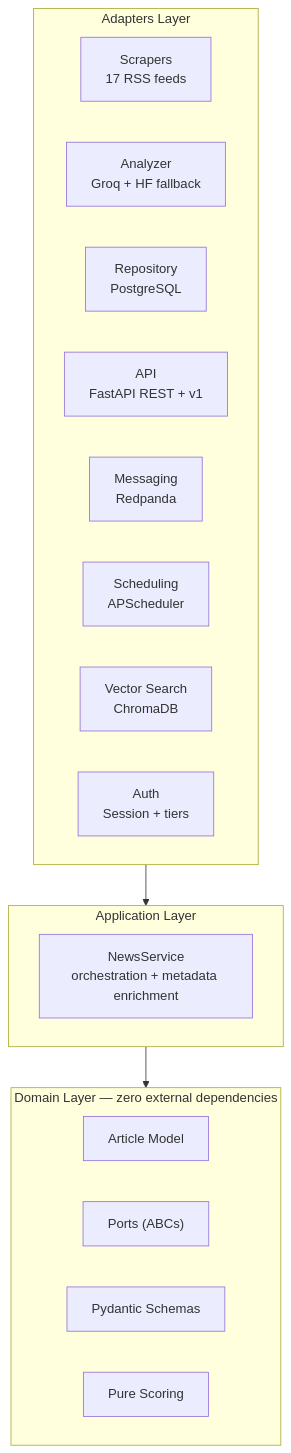
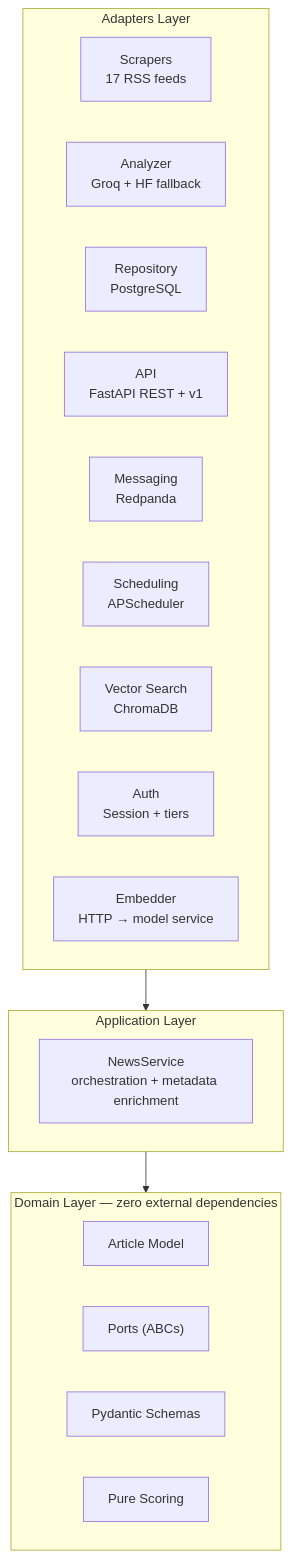
Before and after one commit to MaviMakumba/NexStream-News-Engine: the first of 4 diagrams in README.md, drawn with Mermaid. The commit also changed other lines of this file and 1 other file, not shown here.

First line of the commit message:
docs: embedder servisi + v2.0 RAM optimizasyonu dokumantasyonu

````diff
--- a/README.md
+++ b/README.md
@@ -81,23 +81,24 @@
 ```mermaid
 flowchart TB
     subgraph Domain["Domain Layer — zero external dependencies"]
         D1["Article Model"]
         D2["Ports (ABCs)"]
         D3["Pydantic Schemas"]
         D4["Pure Scoring"]
     end
     subgraph Application["Application Layer"]
         A1["NewsService<br/>orchestration + metadata enrichment"]
     end
     subgraph Adapters["Adapters Layer"]
         AD1["Scrapers<br/>17 RSS feeds"]
         AD2["Analyzer<br/>Groq + HF fallback"]
         AD3["Repository<br/>PostgreSQL"]
         AD4["API<br/>FastAPI REST + v1"]
         AD5["Messaging<br/>Redpanda"]
         AD6["Scheduling<br/>APScheduler"]
         AD7["Vector Search<br/>ChromaDB"]
         AD8["Auth<br/>Session + tiers"]
+        AD9["Embedder<br/>HTTP → model service"]
     end
     Adapters --> Application --> Domain
 ```
````
